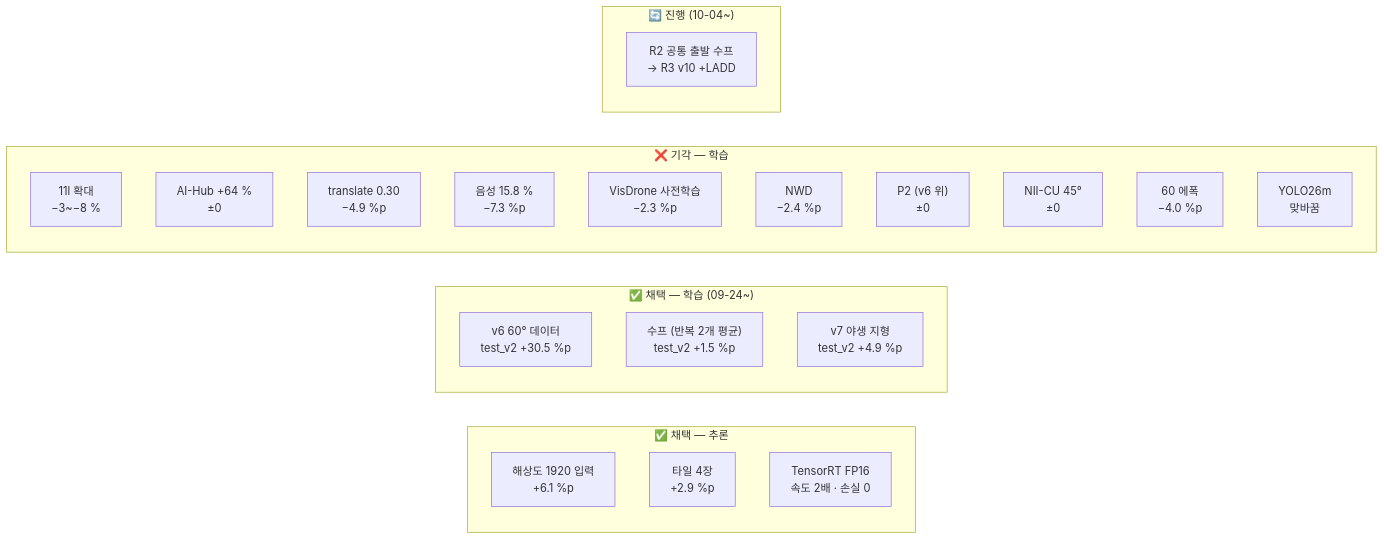
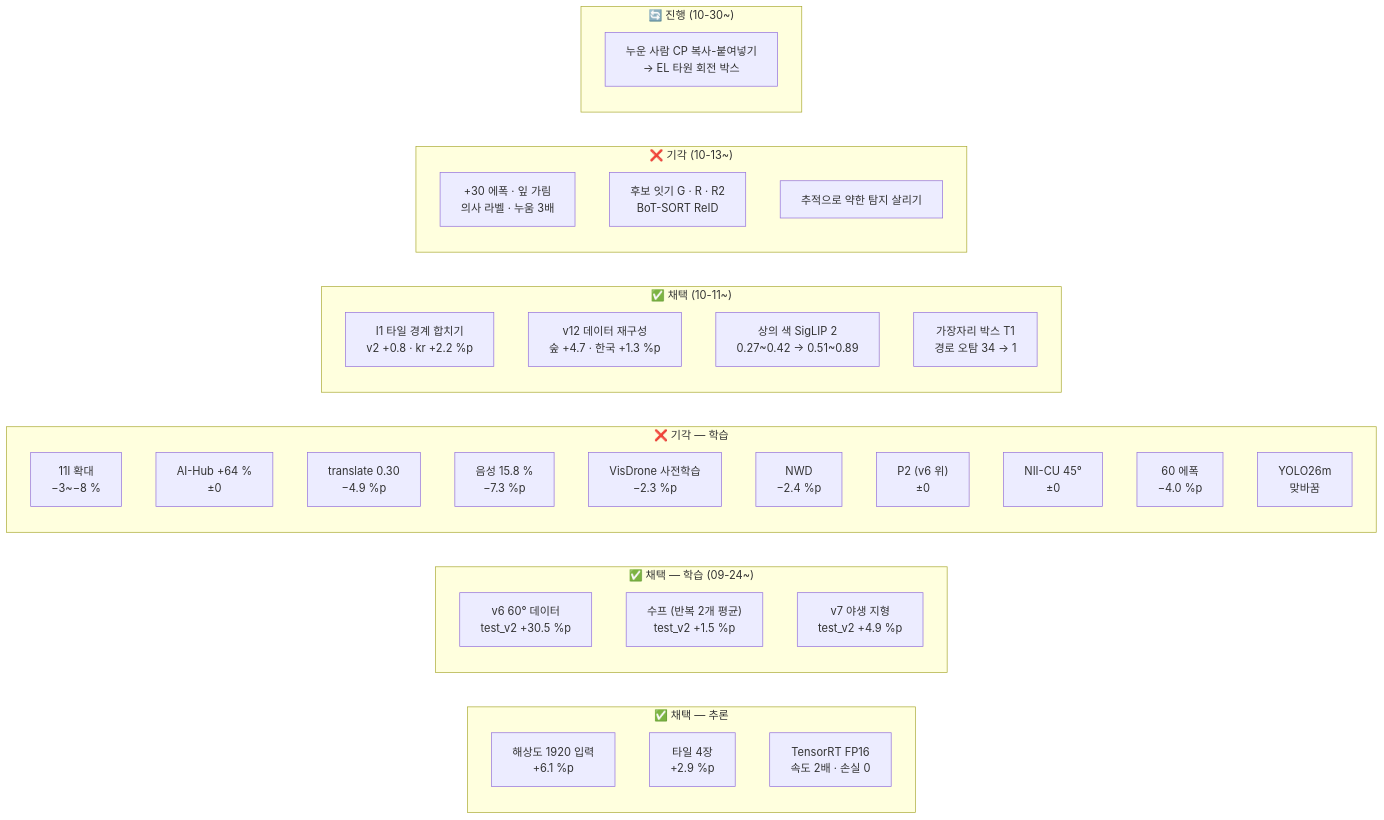
One commit to tim9985/Capstone changed the diagram in obsidian/04 실험/_실험 색인.md. Above: the diagram before and after it, drawn with Mermaid. The commit also changed other lines of this file and 11 other files, not shown here.

````diff
--- a/obsidian/04 실험/_실험 색인.md
+++ b/obsidian/04 실험/_실험 색인.md
@@ -12,28 +12,39 @@
 ```mermaid
 flowchart LR
     subgraph OK["✅ 채택 — 추론"]
         T1["해상도 1920 입력<br/>+6.1 %p"]
         T2["타일 4장<br/>+2.9 %p"]
         T3["TensorRT FP16<br/>속도 2배 · 손실 0"]
     end
     subgraph OK2["✅ 채택 — 학습 (09-24~)"]
         W1["v6 60° 데이터<br/>test_v2 +30.5 %p"]
         W2["수프 (반복 2개 평균)<br/>test_v2 +1.5 %p"]
         W3["v7 야생 지형<br/>test_v2 +4.9 %p"]
     end
     subgraph NG["❌ 기각 — 학습"]
         N1["11l 확대<br/>−3~−8 %"]
         N2["AI-Hub +64 %<br/>±0"]
         N3["translate 0.30<br/>−4.9 %p"]
         N4["음성 15.8 %<br/>−7.3 %p"]
         N5["VisDrone 사전학습<br/>−2.3 %p"]
         N6["NWD<br/>−2.4 %p"]
         N7["P2 (v6 위)<br/>±0"]
         N8["NII-CU 45°<br/>±0"]
         N9["60 에폭<br/>−4.0 %p"]
         N10["YOLO26m<br/>맞바꿈"]
     end
-    subgraph RUN["🔄 진행 (10-04~)"]
-        R1["R2 공통 출발 수프<br/>→ R3 v10 +LADD"]
+    subgraph OK3["✅ 채택 (10-11~)"]
+        Y1["I1 타일 경계 합치기<br/>v2 +0.8 · kr +2.2 %p"]
+        Y2["v12 데이터 재구성<br/>숲 +4.7 · 한국 +1.3 %p"]
+        Y3["상의 색 SigLIP 2<br/>0.27~0.42 → 0.51~0.89"]
+        Y4["가장자리 박스 T1<br/>경로 오탐 34 → 1"]
+    end
+    subgraph NG2["❌ 기각 (10-13~)"]
+        Z1["+30 에폭 · 잎 가림<br/>의사 라벨 · 누움 3배"]
+        Z2["후보 잇기 G · R · R2<br/>BoT-SORT ReID"]
+        Z3["추적으로 약한 탐지 살리기"]
+    end
+    subgraph RUN["🔄 진행 (10-30~)"]
+        R1["누운 사람 CP 복사-붙여넣기<br/>→ EL 타원 회전 박스"]
     end
 ```
````
